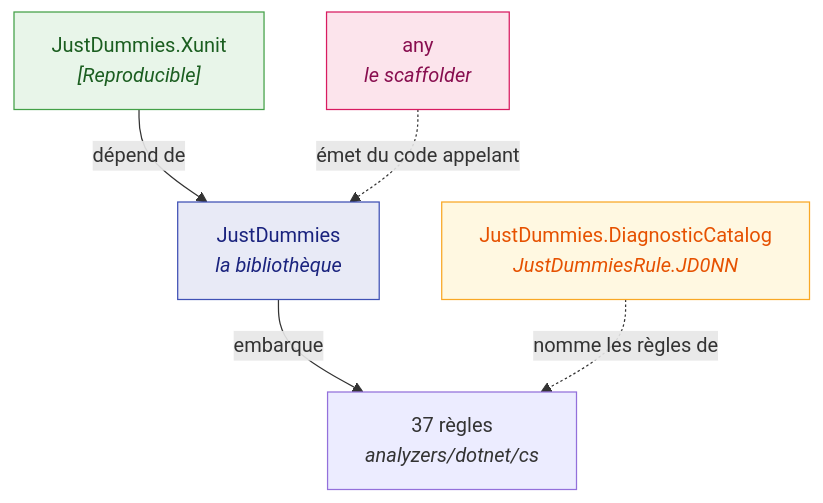
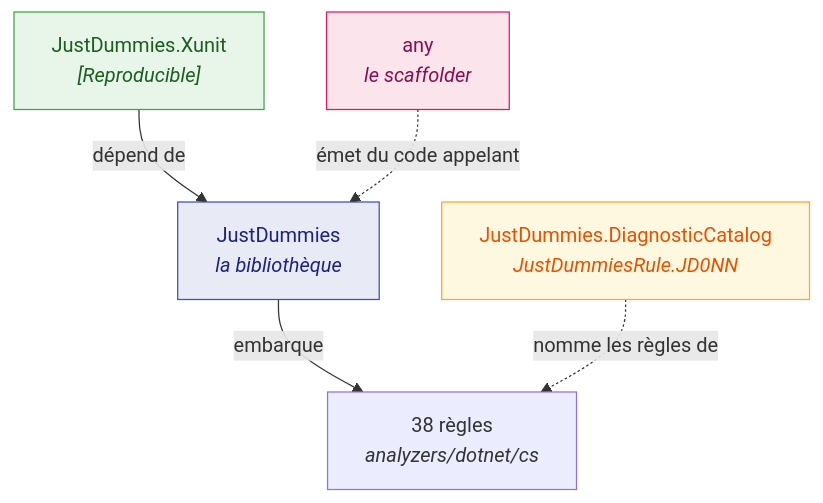
One commit to Reefact/just-dummies changed the diagram in doc/handwritten/for-users/packages/README.fr.md. Above: the diagram before and after it, drawn with Mermaid. The commit also changed other lines of this file and 65 other files, not shown here.

````diff
--- a/doc/handwritten/for-users/packages/README.fr.md
+++ b/doc/handwritten/for-users/packages/README.fr.md
@@ -19,14 +19,14 @@
 ```mermaid
 flowchart TD
     accTitle: Comment les quatre paquets s'articulent
-    accDescr: JustDummies, la bibliothèque, embarque les 37 règles sous analyzers/dotnet/cs. JustDummies.Xunit dépend de la bibliothèque. JustDummies.DiagnosticCatalog nomme ces règles sans en dépendre, et any, le scaffolder, émet du code appelant la bibliothèque.
-    L["JustDummies<br/><i>la bibliothèque</i>"] -->|"embarque"| A["37 règles<br/><i>analyzers/dotnet/cs</i>"]
+    accDescr: JustDummies, la bibliothèque, embarque les 38 règles sous analyzers/dotnet/cs. JustDummies.Xunit dépend de la bibliothèque. JustDummies.DiagnosticCatalog nomme ces règles sans en dépendre, et any, le scaffolder, émet du code appelant la bibliothèque.
+    L["JustDummies<br/><i>la bibliothèque</i>"] -->|"embarque"| A["38 règles<br/><i>analyzers/dotnet/cs</i>"]
     X["JustDummies.Xunit<br/><i>[Reproducible]</i>"] -->|"dépend de"| L
     C["JustDummies.DiagnosticCatalog<br/><i>JustDummiesRule.JD0NN</i>"]
     C -.->|"nomme les règles de"| A
     D["any<br/><i>le scaffolder</i>"] -.->|"émet du code appelant"| L
     style L fill:#e8eaf6,stroke:#3f51b5,color:#1a237e
     style X fill:#e8f5e9,stroke:#43a047,color:#1b5e20
     style C fill:#fff8e1,stroke:#f9a825,color:#e65100
     style D fill:#fce4ec,stroke:#d81b60,color:#880e4f
 ```
````
